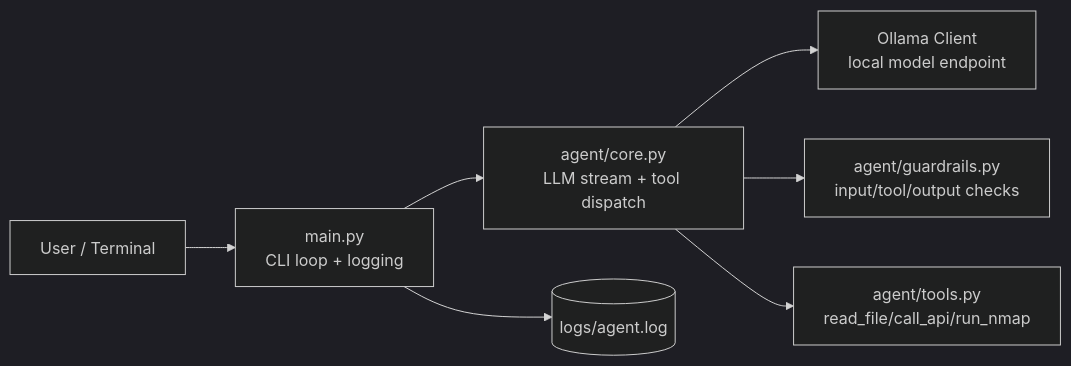
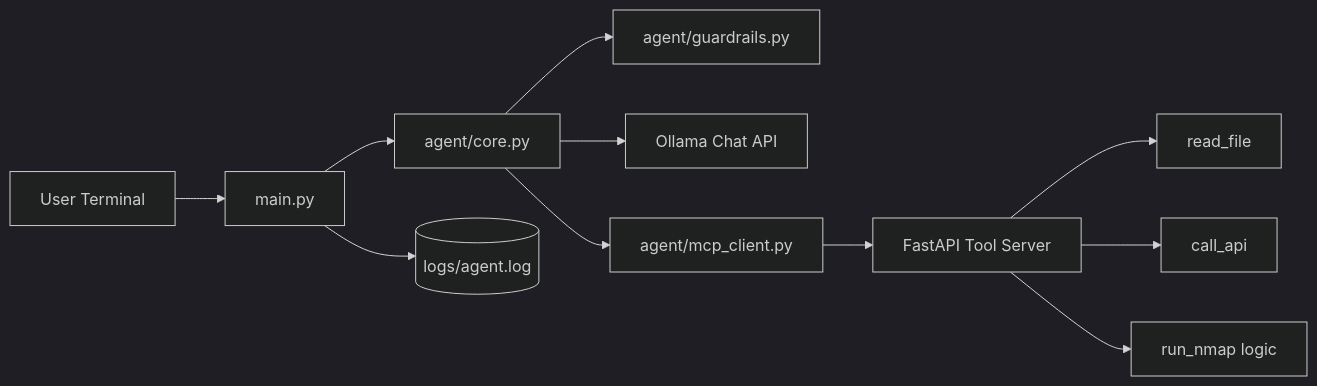
One commit to soorajrs409/e-agent changed the first of 4 diagrams in docs/ARCHITECTURE.md. Above: the diagram before and after it, drawn with Mermaid (dark theme). The commit also changed other lines of this file and 8 other files, not shown here.

````diff
--- a/docs/ARCHITECTURE.md
+++ b/docs/ARCHITECTURE.md
@@ -7,9 +10,13 @@
 ```mermaid
 flowchart LR
-    U[User / Terminal] --> M[main.py\nCLI loop + logging]
-    M --> C[agent/core.py\nLLM stream + tool dispatch]
-    C --> O[Ollama Client\nlocal model endpoint]
-    C --> G[agent/guardrails.py\ninput/tool/output checks]
-    C --> T[agent/tools.py\nread_file/call_api/run_nmap]
-    M --> L[(logs/agent.log)]
+    U[User Terminal] --> MAIN[main.py]
+    MAIN --> CORE[agent/core.py]
+    CORE --> GUARD[agent/guardrails.py]
+    CORE --> OLLAMA[Ollama Chat API]
+    CORE --> MCPCLIENT[agent/mcp_client.py]
+    MCPCLIENT --> MCPSERVER[FastAPI Tool Server]
+    MCPSERVER --> TOOL1[read_file]
+    MCPSERVER --> TOOL2[call_api]
+    MCPSERVER --> TOOL3[run_nmap logic]
+    MAIN --> LOG[(logs/agent.log)]
 ```
````
